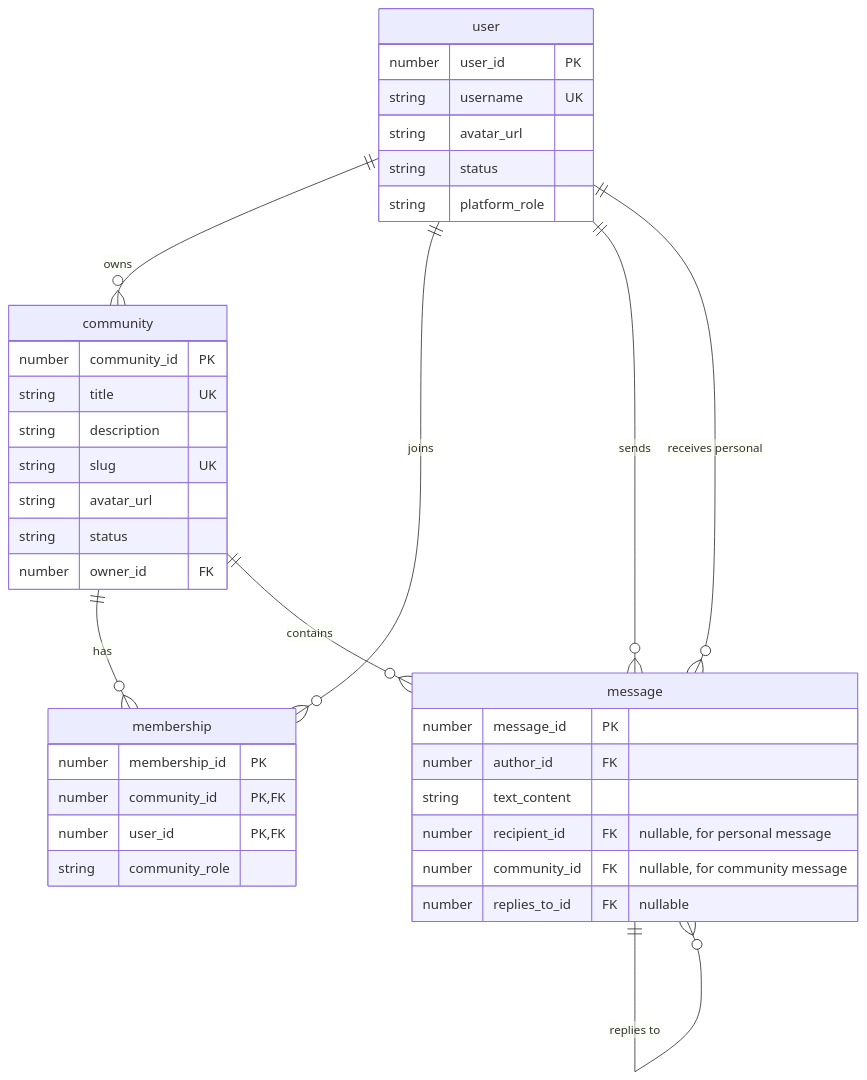
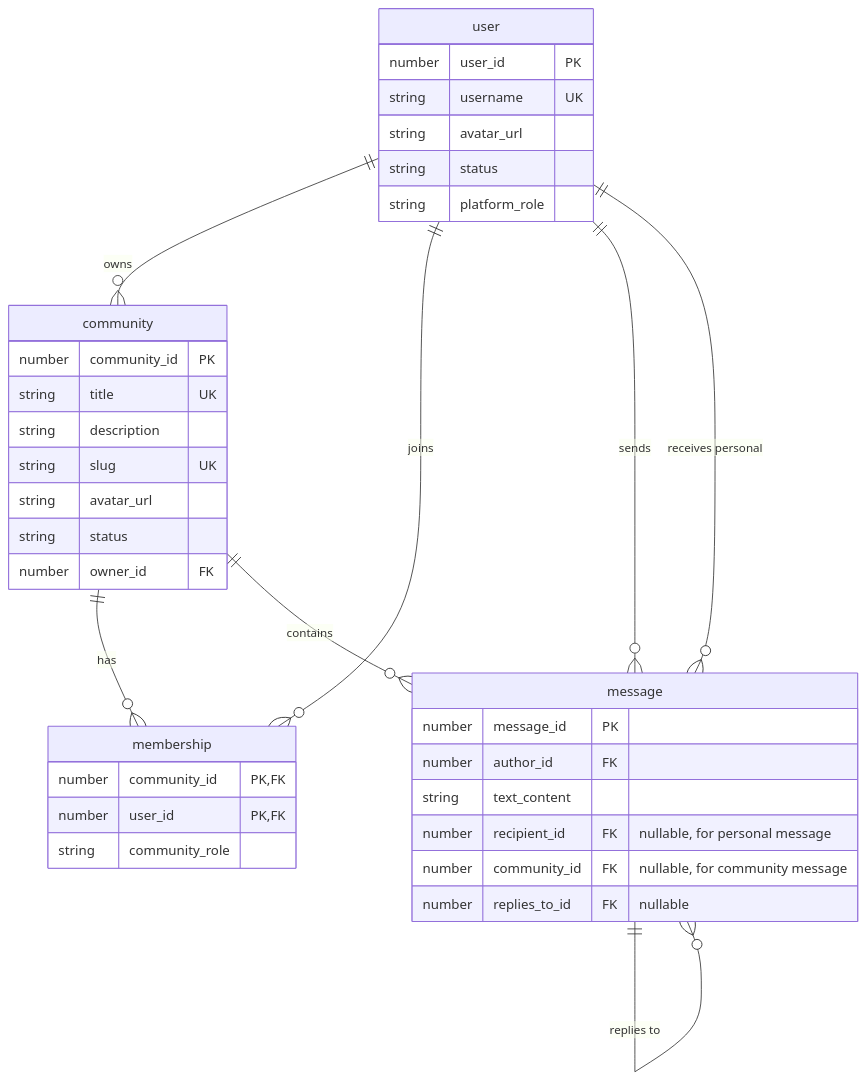
The diagram in model.mmd (devl0g/KPI_lab1), drawn with Mermaid before and after one commit.

Commit message:
fix(erd): no membership id according spec.md

```diff
--- a/model.mmd
+++ b/model.mmd
@@ -1,42 +1,41 @@
 erDiagram
     user {
         number user_id PK
         string username UK
         string avatar_url
         string status
         string platform_role
     }
 
     community {
         number community_id PK
         string title UK
         string description
         string slug UK
         string avatar_url
         string status
         number owner_id FK
     }
 
     membership {
-        number membership_id PK
         number community_id PK,FK
         number user_id PK,FK
         string community_role
     }
 
     message {
         number message_id PK
         number author_id FK
         string text_content
         number recipient_id FK "nullable, for personal message"
         number community_id FK "nullable, for community message"
         number replies_to_id FK "nullable"
     }
 
     user ||--o{ community : "owns"
     user ||--o{ membership : "joins"
     user ||--o{ message : "sends"
     user ||--o{ message : "receives personal"
     community ||--o{ membership : "has"
     community ||--o{ message : "contains"
     message ||--o{ message : "replies to"
```
